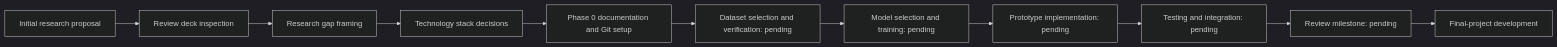
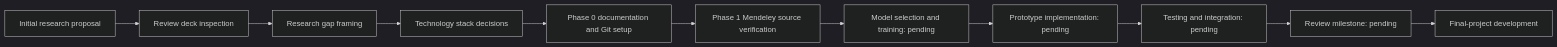
Before and after one commit to KapArnav/food-spoilage-risk-prediction: the diagram in docs/project_history.mmd, drawn with Mermaid (dark theme). The commit also changed 8 other files, not shown here.

```diff
--- a/docs/project_history.mmd
+++ b/docs/project_history.mmd
@@ -1,11 +1,11 @@
 flowchart LR
     proposal[Initial research proposal] --> review[Review deck inspection]
     review --> gap[Research gap framing]
     gap --> stack[Technology stack decisions]
     stack --> phase0[Phase 0 documentation and Git setup]
-    phase0 --> dataset[Dataset selection and verification: pending]
+    phase0 --> dataset[Phase 1 Mendeley source verification]
     dataset --> model[Model selection and training: pending]
     model --> prototype[Prototype implementation: pending]
     prototype --> testing[Testing and integration: pending]
     testing --> milestone[Review milestone: pending]
     milestone --> future[Final-project development]
```
